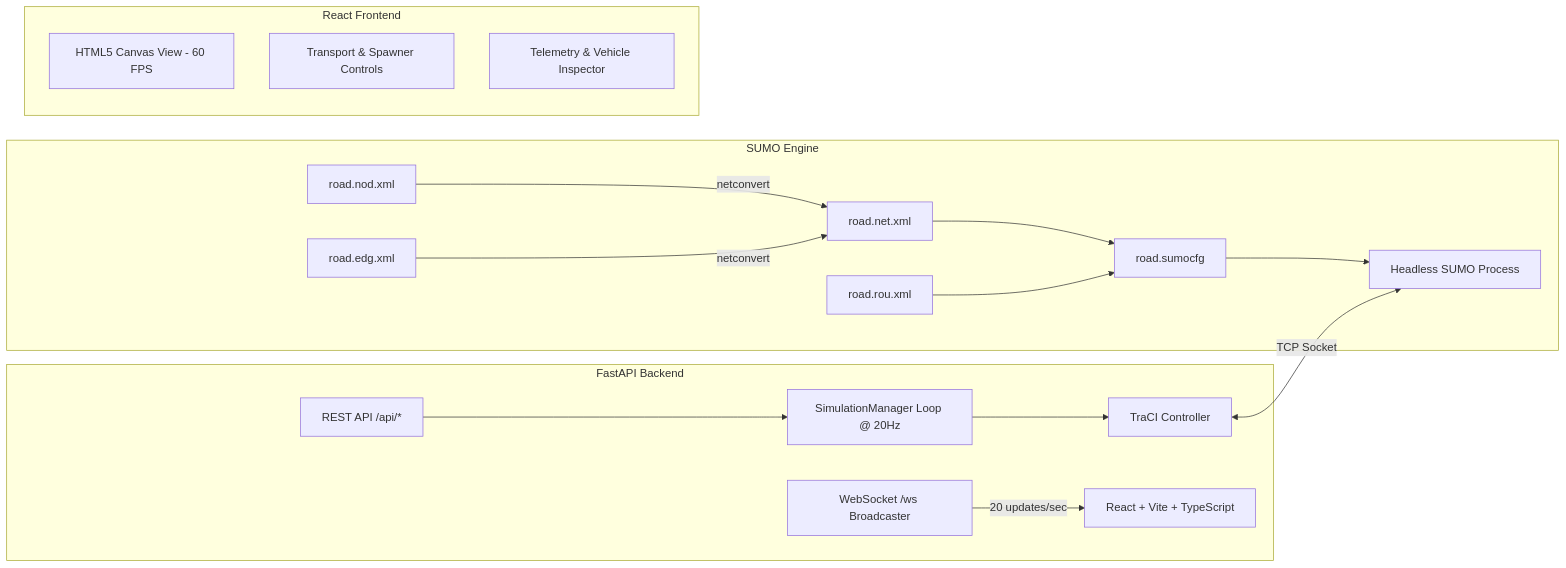
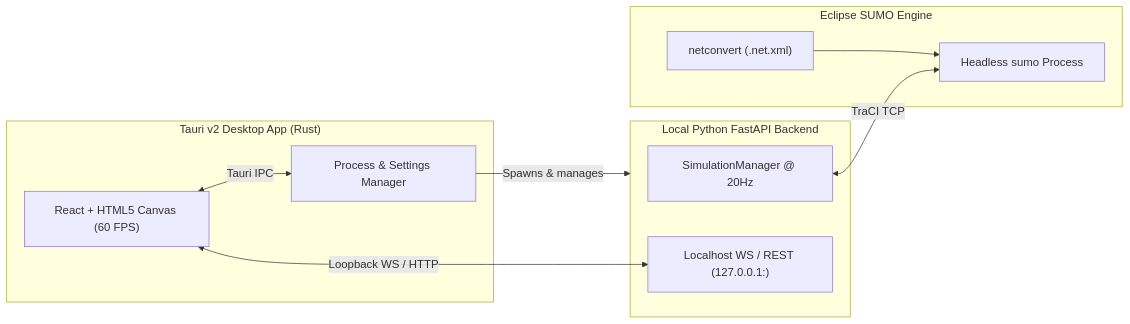
One commit to vkivaturi/traffis changed the diagram in README.md. Above: the diagram before and after it, drawn with Mermaid. The commit also changed other lines of this file and 34 other files, not shown here.

Commit message:
feat: integrate Tauri to support desktop application wrapper

````diff
--- a/README.md
+++ b/README.md
@@ -16,22 +17,21 @@
 ```mermaid
 graph LR
-    subgraph SUMO Engine
-        NOD[road.nod.xml] & EDG[road.edg.xml] -->|netconvert| NET[road.net.xml]
-        NET & ROU[road.rou.xml] --> SC[road.sumocfg]
-        SC --> SB[Headless SUMO Process]
+    subgraph Tauri["Tauri v2 Desktop App (Rust)"]
+        SHELL["Process & Settings Manager"]
+        UI["React + HTML5 Canvas (60 FPS)"]
     end
 
-    subgraph FastAPI Backend
-        TC[TraCI Controller] <-->|TCP Socket| SB
-        SM[SimulationManager Loop @ 20Hz] --> TC
-        WS[WebSocket /ws Broadcaster] -->|20 updates/sec| FE
-        REST[REST API /api/*] --> SM
+    subgraph Backend["Local Python FastAPI Backend"]
+        SM["SimulationManager @ 20Hz"]
+        WS["Localhost WS / REST (127.0.0.1:<port>)"]
     end
 
-    subgraph React Frontend
-        FE[React + Vite + TypeScript]
-        CV[HTML5 Canvas View - 60 FPS]
-        CTRL[Transport & Spawner Controls]
-        HUD[Telemetry & Vehicle Inspector]
+    subgraph SUMO["Eclipse SUMO Engine"]
+        NET["netconvert (.net.xml)"] --> SB["Headless sumo Process"]
     end
+
+    SHELL -->|Spawns & manages| Backend
+    UI <-->|Tauri IPC| SHELL
+    UI <-->|Loopback WS / HTTP| WS
+    SM <-->|TraCI TCP| SB
 ```
````
